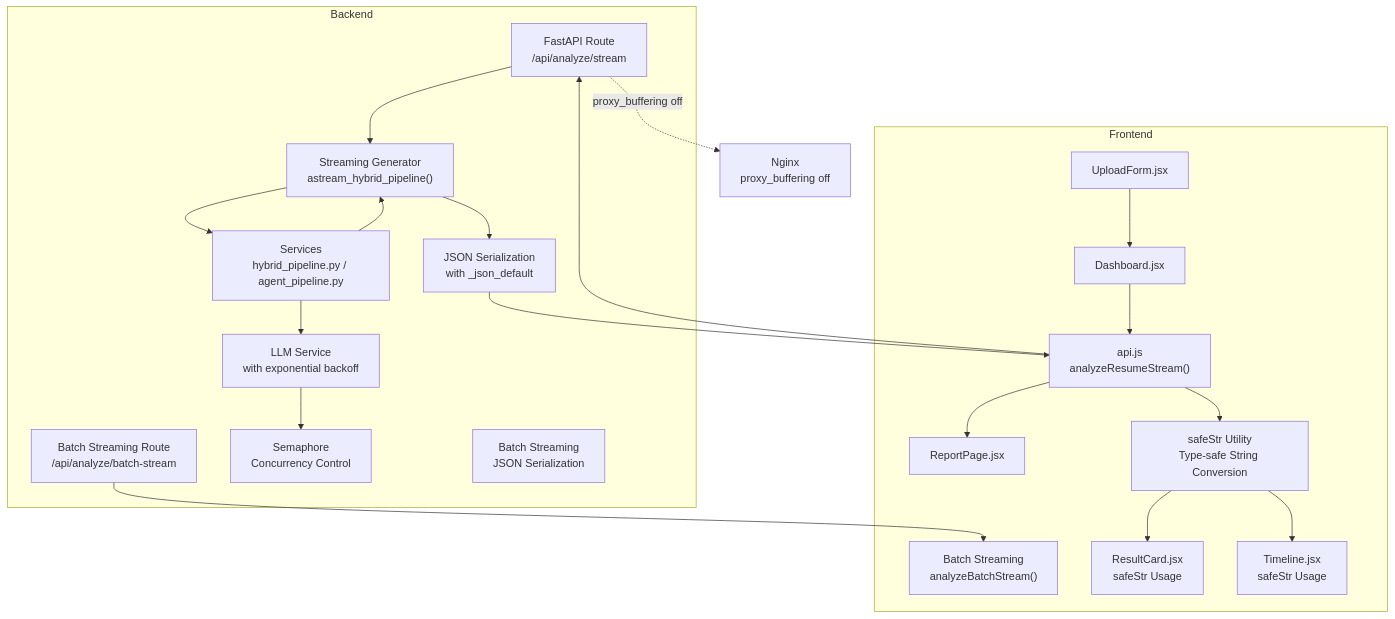
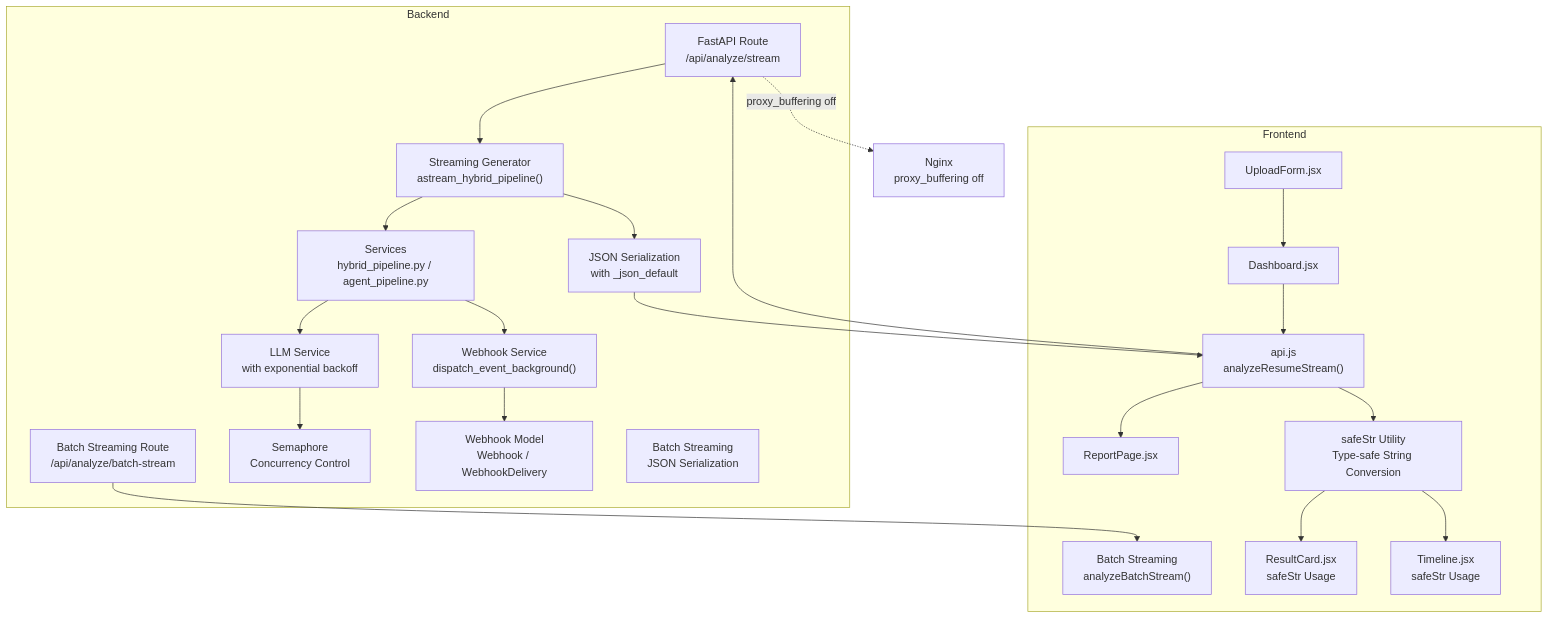
Before and after one commit to Revanththetalogics/aireume: the first of 7 diagrams in .qoder/repowiki/en/content/Real-time Processing.md, drawn with Mermaid. The commit also changed other lines of this file and 10 other files, not shown here.

````diff
--- a/.qoder/repowiki/en/content/Real-time Processing.md
+++ b/.qoder/repowiki/en/content/Real-time Processing.md
@@ -52,40 +61,43 @@
 ```mermaid
 graph TB
 subgraph "Backend"
 R["FastAPI Route<br/>/api/analyze/stream"]
 GS["Batch Streaming Route<br/>/api/analyze/batch-stream"]
 G["Streaming Generator<br/>astream_hybrid_pipeline()"]
 S["Services<br/>hybrid_pipeline.py / agent_pipeline.py"]
 LS["LLM Service<br/>with exponential backoff"]
 SEM["Semaphore<br/>Concurrency Control"]
+WS["Webhook Service<br/>dispatch_event_background()"]
+W["Webhook Model<br/>Webhook / WebhookDelivery"]
 END["JSON Serialization<br/>with _json_default"]
 END2["Batch Streaming<br/>JSON Serialization"]
 end
 subgraph "Frontend"
 U["UploadForm.jsx"]
 D["Dashboard.jsx"]
 RP["ReportPage.jsx"]
 API["api.js<br/>analyzeResumeStream()"]
 BATCH["Batch Streaming<br/>analyzeBatchStream()"]
 SAFE["safeStr Utility<br/>Type-safe String Conversion"]
 RC["ResultCard.jsx<br/>safeStr Usage"]
 TL["Timeline.jsx<br/>safeStr Usage"]
 end
 N["Nginx<br/>proxy_buffering off"]
 U --> D
 D --> API
 API --> R
 GS --> BATCH
 R --> G
 G --> S
 S --> LS
 LS --> SEM
-S --> G
+S --> WS
+WS --> W
 G --> END
 END --> API
 API --> SAFE
 SAFE --> RC
 SAFE --> TL
 API --> RP
 R -. "proxy_buffering off" .-> N
 ```
````
